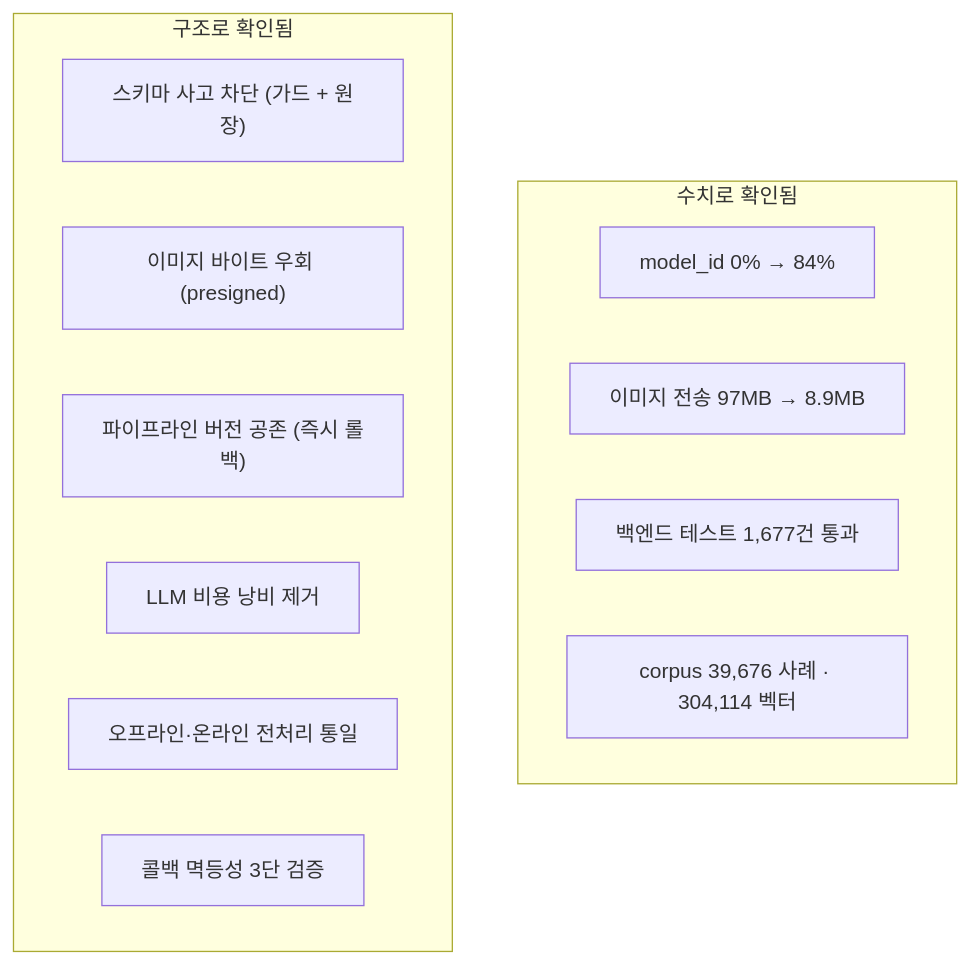
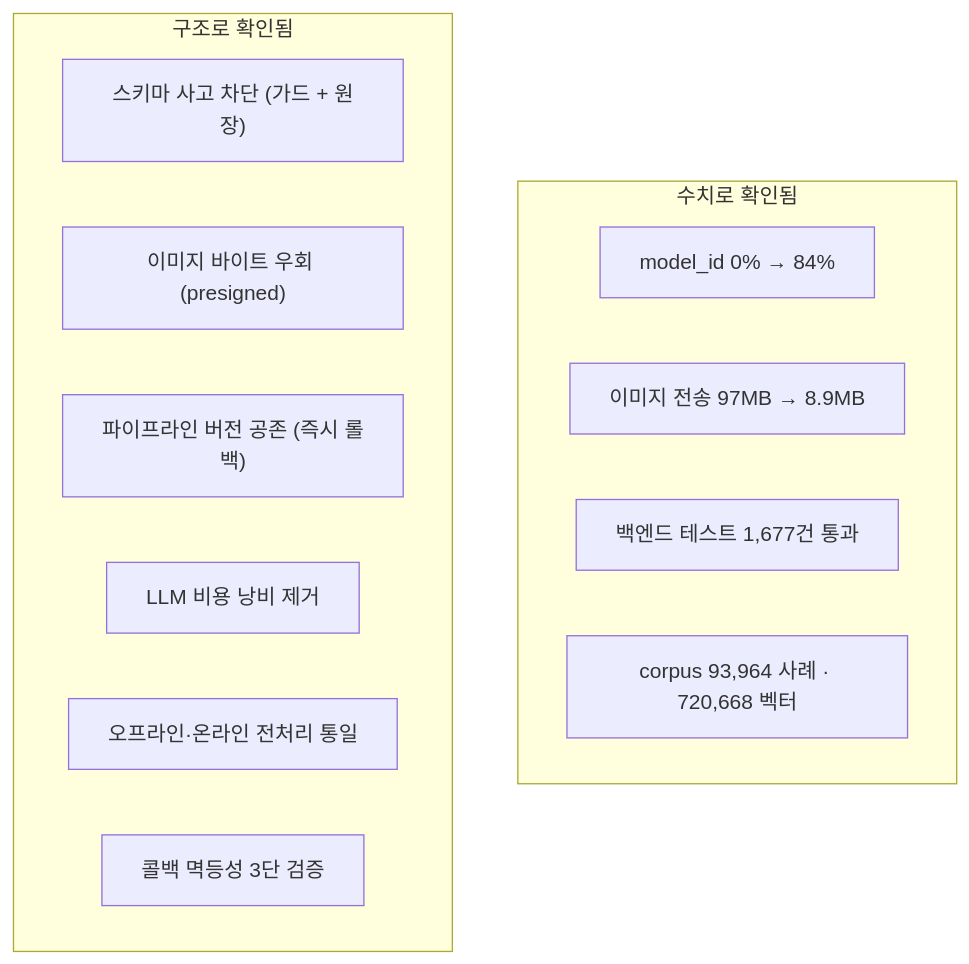
One commit to seoboyoung18/Noca changed the diagram in 통합_기술문서/12_작업기록/주요_성과.md. Above: the diagram before and after it, drawn with Mermaid. The commit also changed other lines of this file and 19 other files, not shown here.

````diff
--- a/통합_기술문서/12_작업기록/주요_성과.md
+++ b/통합_기술문서/12_작업기록/주요_성과.md
@@ -151,17 +151,17 @@
 ```mermaid
 flowchart TB
     subgraph M["수치로 확인됨"]
         M1["model_id 0% → 84%"]
         M2["이미지 전송 97MB → 8.9MB"]
         M3["백엔드 테스트 1,677건 통과"]
-        M4["corpus 39,676 사례 · 304,114 벡터"]
+        M4["corpus 93,964 사례 · 720,668 벡터"]
     end
     subgraph T["구조로 확인됨"]
         T1["스키마 사고 차단 (가드 + 원장)"]
         T2["이미지 바이트 우회 (presigned)"]
         T3["파이프라인 버전 공존 (즉시 롤백)"]
         T4["LLM 비용 낭비 제거"]
         T5["오프라인·온라인 전처리 통일"]
         T6["콜백 멱등성 3단 검증"]
     end
 ```
````
